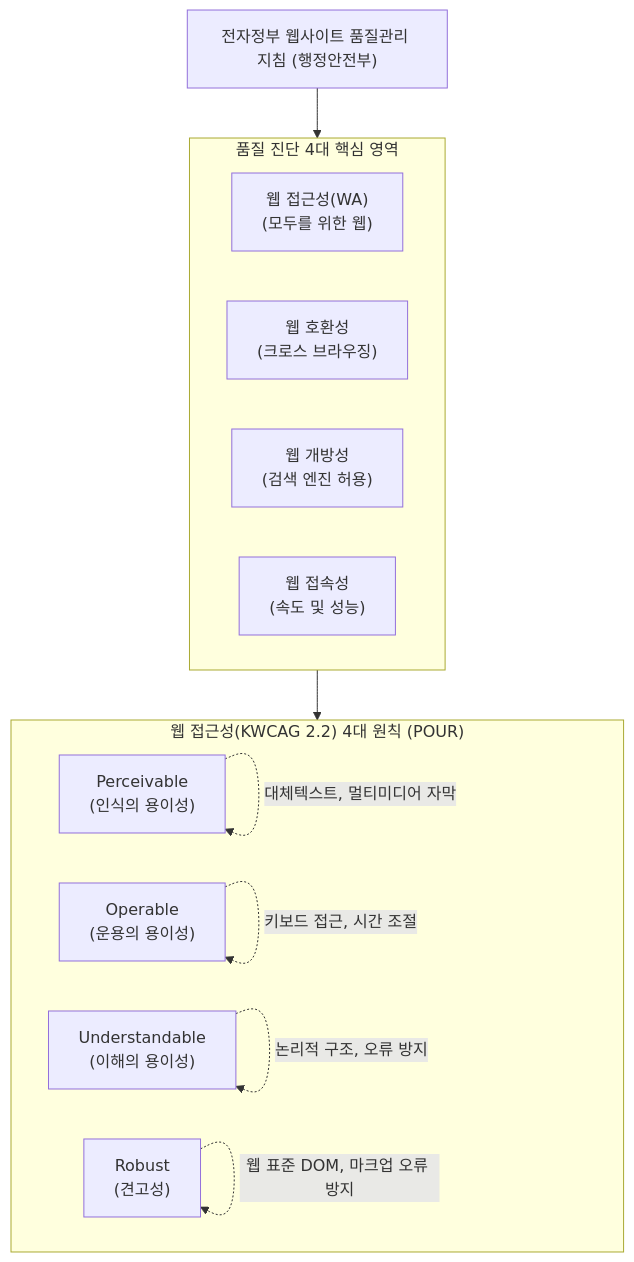
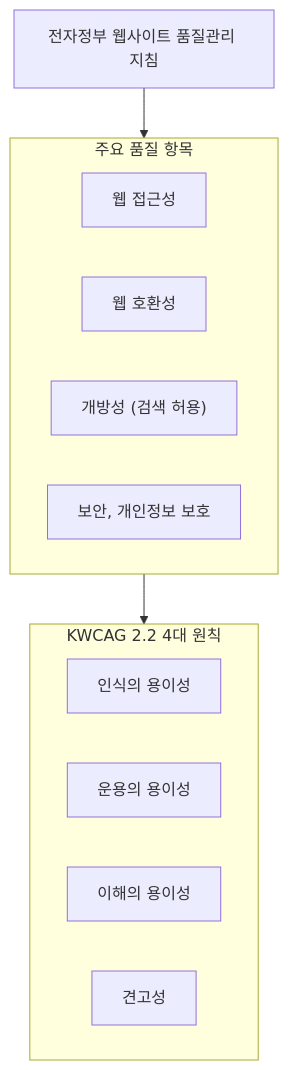
The diagram in content/01_IT Tech/웹 접근성(WA) 및 전자정부 웹사이트 품질관리 지침.md (supremethumb/supremethumb.github.io), drawn with Mermaid before and after one commit. The commit also changed other lines of this file and 1087 other files, not shown here.

````diff
--- a/content/01_IT Tech/웹 접근성(WA) 및 전자정부 웹사이트 품질관리 지침.md
+++ b/content/01_IT Tech/웹 접근성(WA) 및 전자정부 웹사이트 품질관리 지침.md
@@ -22,29 +37,20 @@
 ```mermaid
 flowchart TD
-    GovWeb["전자정부 웹사이트 품질관리 지침 (행정안전부)"]
-    
-    subgraph QualityDomains ["품질 진단 4대 핵심 영역"]
+    G["전자정부 웹사이트 품질관리 지침"]
+    subgraph Q ["주요 품질 항목"]
         direction LR
-        A["웹 접근성(WA)\n(모두를 위한 웹)"]
-        B["웹 호환성\n(크로스 브라우징)"]
-        C["웹 개방성\n(검색 엔진 허용)"]
-        D["웹 접속성\n(속도 및 성능)"]
+        A["웹 접근성"]
+        B["웹 호환성"]
+        C["개방성 (검색 허용)"]
+        D["보안, 개인정보 보호"]
     end
-    
-    subgraph WAPrinciples ["웹 접근성(KWCAG 2.2) 4대 원칙 (POUR)"]
+    subgraph K ["KWCAG 2.2 4대 원칙"]
         direction LR
-        P["Perceivable\n(인식의 용이성)"]
-        O["Operable\n(운용의 용이성)"]
-        U["Understandable\n(이해의 용이성)"]
-        R["Robust\n(견고성)"]
+        P["인식의 용이성"]
+        O["운용의 용이성"]
+        U["이해의 용이성"]
+        R["견고성"]
     end
-
-    GovWeb --> QualityDomains
-    A --> WAPrinciples
-    
-    P -.-> |"대체텍스트, 멀티미디어 자막"| P
-    O -.-> |"키보드 접근, 시간 조절"| O
-    U -.-> |"논리적 구조, 오류 방지"| U
-    R -.-> |"웹 표준 DOM, 마크업 오류 방지"| R
-
+    G --> Q
+    A --> K
 ```
````
